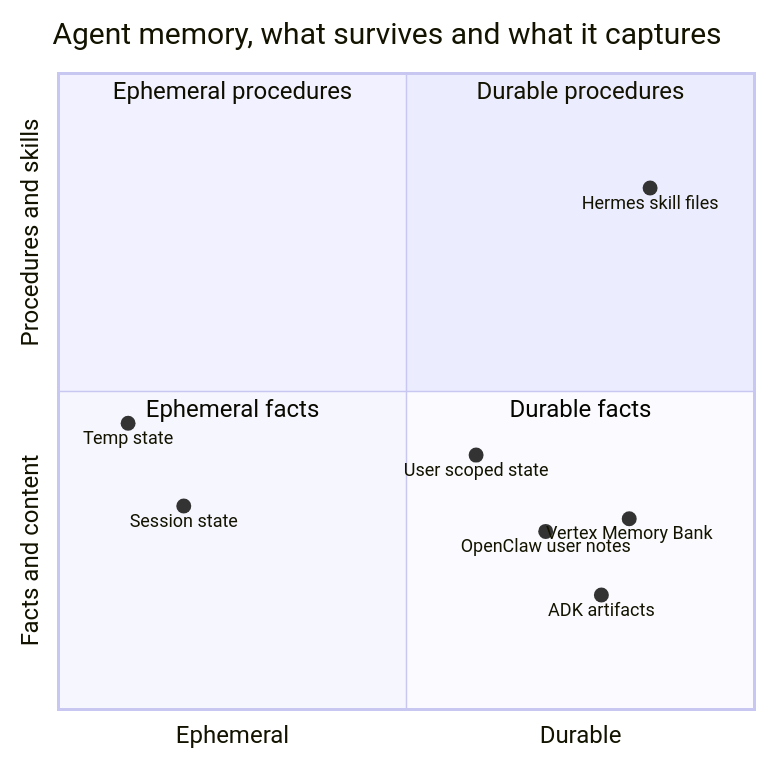
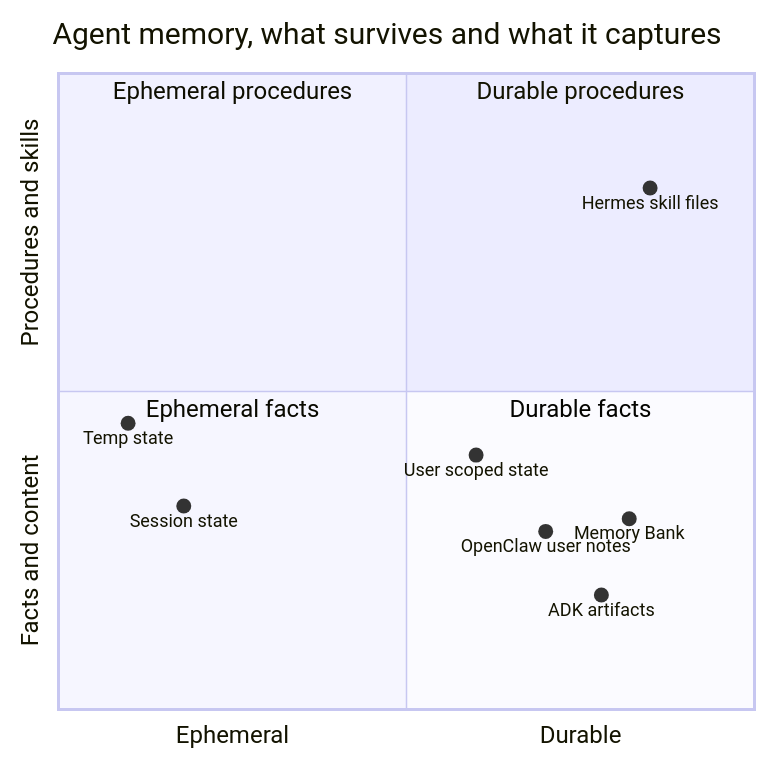
One commit to JuanLara18/portfolio changed the first of 4 diagrams in front/public/blog/posts/field-notes/enterprise-agent-memory-continuity-adk-geap.md. Above: the diagram before and after it, drawn with Mermaid. The commit also changed other lines of this file and 2 other files, not shown here.

Commit message:
fix(blog): verify ADK memory post against 2.x APIs

````diff
--- a/front/public/blog/posts/field-notes/enterprise-agent-memory-continuity-adk-geap.md
+++ b/front/public/blog/posts/field-notes/enterprise-agent-memory-continuity-adk-geap.md
@@ -28,17 +28,17 @@
 ```mermaid
 quadrantChart
     title Agent memory, what survives and what it captures
     x-axis Ephemeral --> Durable
     y-axis Facts and content --> Procedures and skills
     quadrant-1 Durable procedures
     quadrant-2 Ephemeral procedures
     quadrant-3 Ephemeral facts
     quadrant-4 Durable facts
     Session state: [0.18, 0.32]
     Temp state: [0.1, 0.45]
-    Vertex Memory Bank: [0.82, 0.3]
+    Memory Bank: [0.82, 0.3]
     ADK artifacts: [0.78, 0.18]
     OpenClaw user notes: [0.7, 0.28]
     Hermes skill files: [0.85, 0.82]
     User scoped state: [0.6, 0.4]
 ```
````
